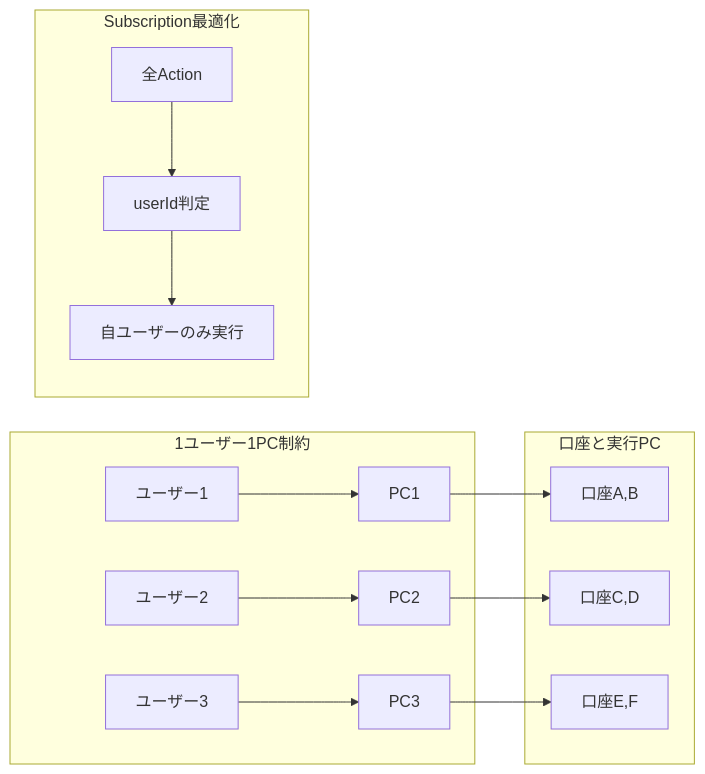
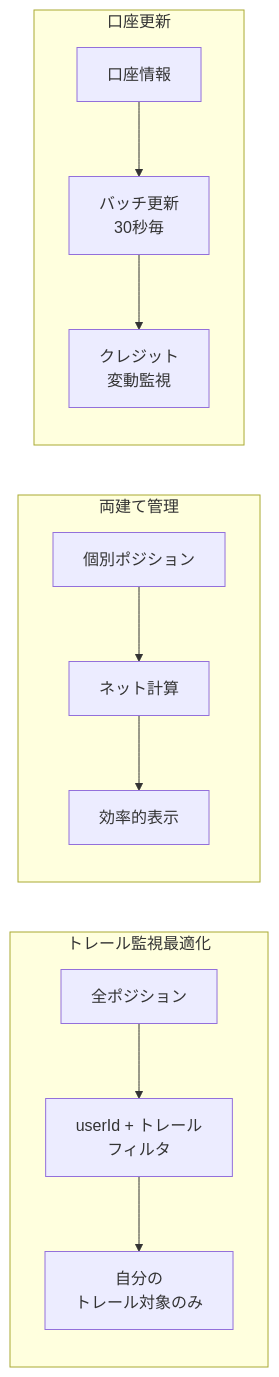
Diagram 16 of 16 in MVPシステム設計.md (rnrnstar2/ArbitrageAssistant), drawn with Mermaid before and after one commit. The commit also changed other lines of this file and 111 other files, not shown here.

````diff
--- a/MVPシステム設計.md
+++ b/MVPシステム設計.md
@@ -672,19 +801,17 @@
 ```mermaid
 graph LR
-    subgraph "1ユーザー1PC制約"
-        User1[ユーザー1] --> PC1[PC1]
-        User2[ユーザー2] --> PC2[PC2]
-        User3[ユーザー3] --> PC3[PC3]
+    subgraph "トレール監視最適化"
+        All[全ポジション] --> Filter[userId + トレール<br/>フィルタ]
+        Filter --> Trail[自分の<br/>トレール対象のみ]
     end
-    
-    subgraph "口座と実行PC"
-        PC1 --> Accounts1[口座A,B]
-        PC2 --> Accounts2[口座C,D]
-        PC3 --> Accounts3[口座E,F]
+
+    subgraph "両建て管理"
+        Positions[個別ポジション] --> Net[ネット計算]
+        Net --> Display[効率的表示]
     end
-    
-    subgraph "Subscription最適化"
-        Sub[全Action] --> Filter[userId判定]
-        Filter --> Relevant[自ユーザーのみ実行]
+
+    subgraph "口座更新"
+        Account[口座情報] --> Batch[バッチ更新<br/>30秒毎]
+        Batch --> Credit[クレジット<br/>変動監視]
     end
 ```
````
